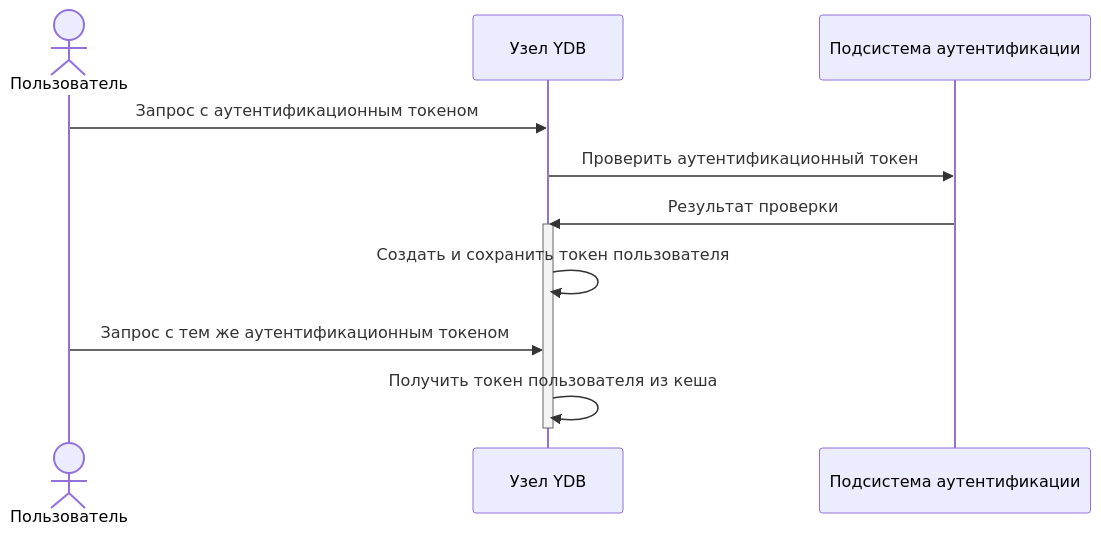
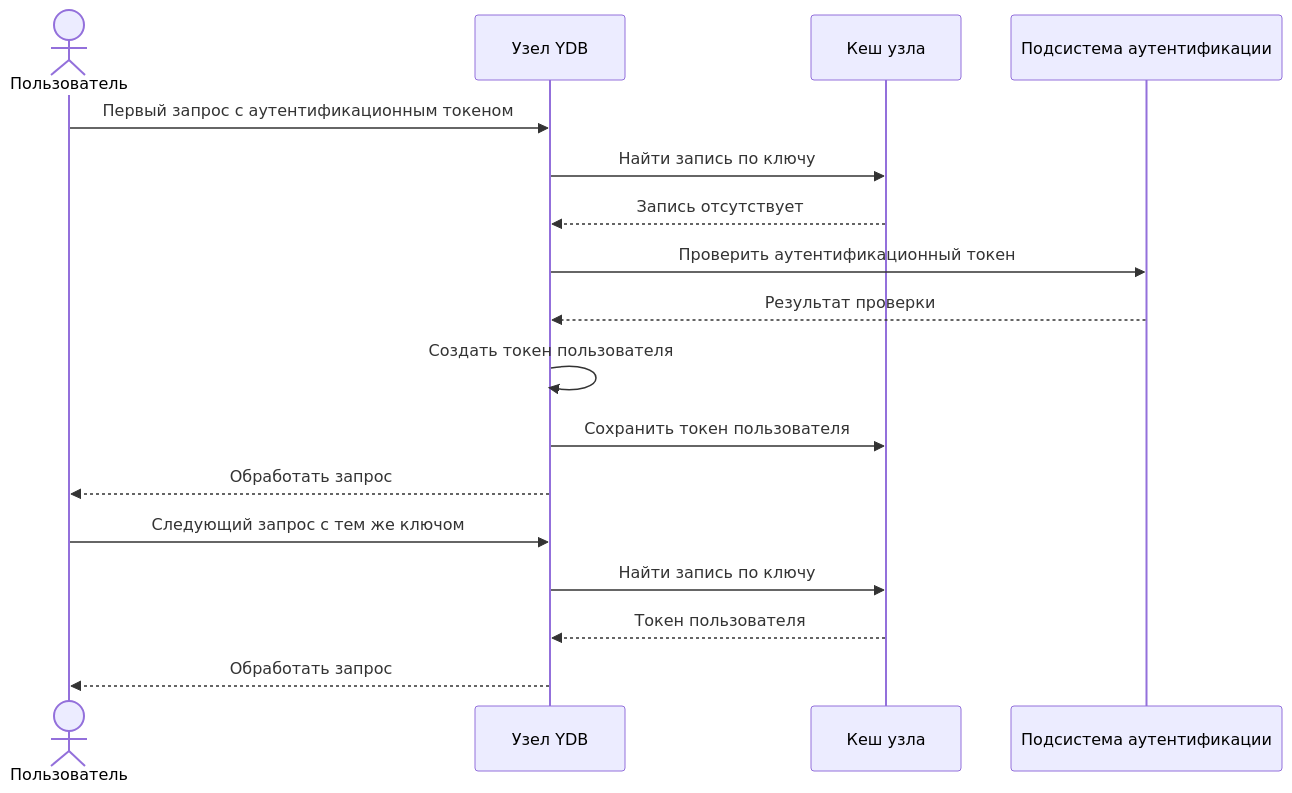
One commit to ydb-platform/ydb changed the diagram in ydb/docs/ru/core/security/_assets/user-token.md. Above: the diagram before and after it, drawn with Mermaid. The commit also changed 1 other file, not shown here.

Commit message:
Fix diagrams

````diff
--- a/ydb/docs/ru/core/security/_assets/user-token.md
+++ b/ydb/docs/ru/core/security/_assets/user-token.md
@@ -1,16 +1,21 @@
 ```mermaid
 sequenceDiagram
     actor user as Пользователь
     participant node as Узел YDB
+    participant cache as Кеш узла
     participant auth as Подсистема аутентификации
 
-    user->>node: Запрос с аутентификационным токеном
+    user->>node: Первый запрос с аутентификационным токеном
+    node->>cache: Найти запись по ключу
+    cache-->>node: Запись отсутствует
     node->>auth: Проверить аутентификационный токен
-    auth->>node: Результат проверки
+    auth-->>node: Результат проверки
+    node->>node: Создать токен пользователя
+    node->>cache: Сохранить токен пользователя
+    node-->>user: Обработать запрос
 
-    activate node
-    node->>node: Создать и сохранить токен пользователя
-    user->>node: Запрос с тем же аутентификационным токеном
-    node->>node: Получить токен пользователя из кеша
-    deactivate node
+    user->>node: Следующий запрос с тем же ключом
+    node->>cache: Найти запись по ключу
+    cache-->>node: Токен пользователя
+    node-->>user: Обработать запрос
 ```
````
